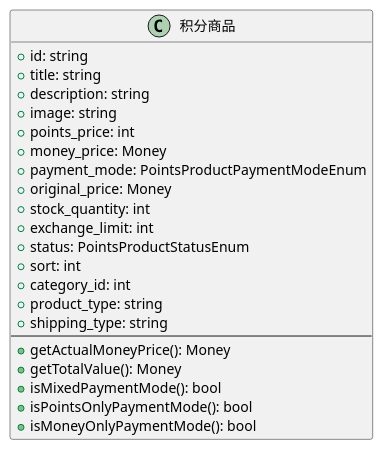
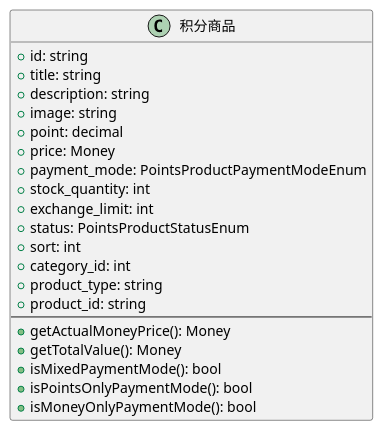
One commit to red-jasmine/framework changed the first of 10 diagrams in docs/points-mall/index.md. Above: the diagram before and after it, drawn with PlantUML. The commit also changed other lines of this file and 11 other files, not shown here.

````diff
--- a/docs/points-mall/index.md
+++ b/docs/points-mall/index.md
@@ -39,25 +39,24 @@
 ```plantuml
 class 积分商品 {
   +id: string
   +title: string
   +description: string
   +image: string
-  +points_price: int
-  +money_price: Money
+  +point: decimal
+  +price: Money
   +payment_mode: PointsProductPaymentModeEnum
-  +original_price: Money
   +stock_quantity: int
   +exchange_limit: int
   +status: PointsProductStatusEnum
   +sort: int
   +category_id: int
   +product_type: string
-  +shipping_type: string
+  +product_id: string
   --
   +getActualMoneyPrice(): Money
   +getTotalValue(): Money
   +isMixedPaymentMode(): bool
   +isPointsOnlyPaymentMode(): bool
   +isMoneyOnlyPaymentMode(): bool
 }
 ```
````
